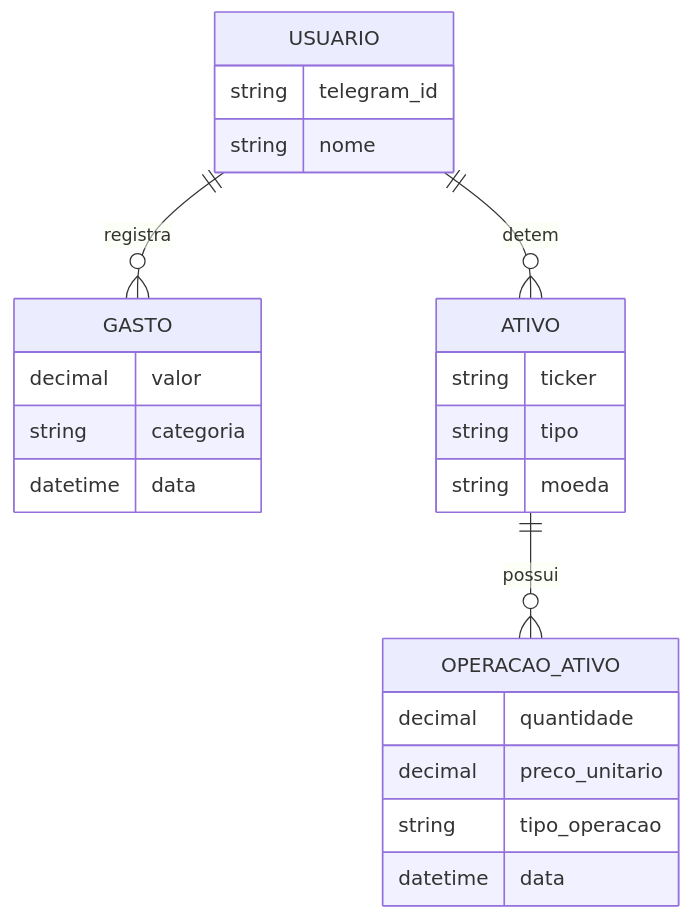
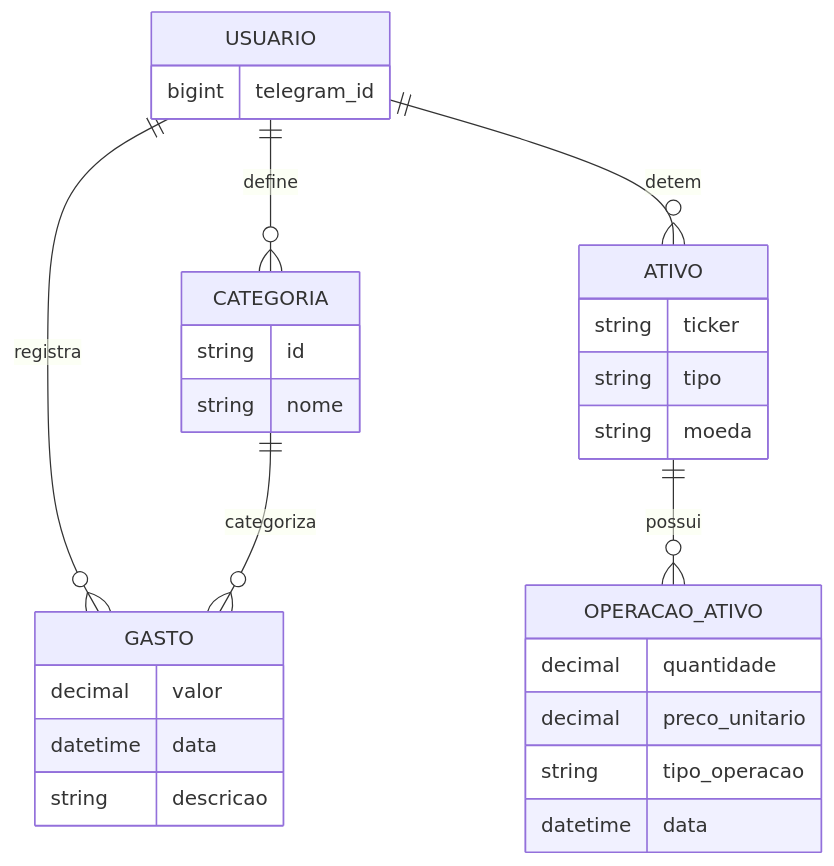
The first of 2 diagrams in docs/technical-design/database-schema.md (melohugo/personal_finance), drawn with Mermaid before and after one commit. The commit also changed other lines of this file and 1 other file, not shown here.

Commit message:
docs: atualiza arquitetura e schema com testcontainers e category

````diff
--- a/docs/technical-design/database-schema.md
+++ b/docs/technical-design/database-schema.md
@@ -11,27 +11,32 @@
 ```mermaid
 erDiagram
+    USUARIO ||--o{ CATEGORIA : define
     USUARIO ||--o{ GASTO : registra
+    CATEGORIA ||--o{ GASTO : categoriza
     USUARIO ||--o{ ATIVO : detem
     ATIVO ||--o{ OPERACAO_ATIVO : possui
 
     USUARIO {
-        string telegram_id
+        bigint telegram_id
+    }
+    CATEGORIA {
+        string id
         string nome
     }
     GASTO {
         decimal valor
-        string categoria
         datetime data
+        string descricao
     }
     ATIVO {
         string ticker
         string tipo
         string moeda
     }
     OPERACAO_ATIVO {
         decimal quantidade
         decimal preco_unitario
         string tipo_operacao
         datetime data
     }
 ```
````
